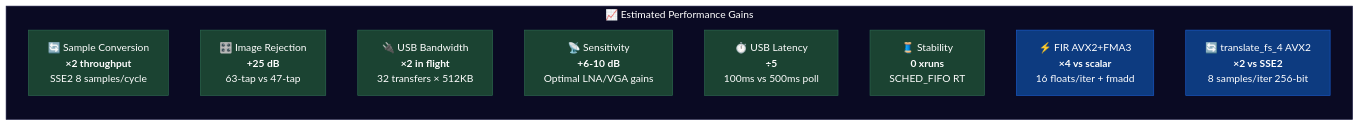
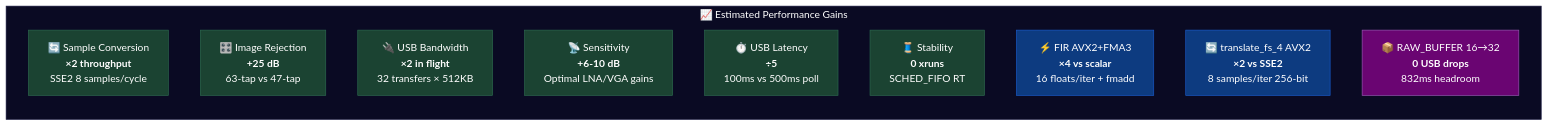
Diagram 13 of 13 in OPTIMIZATIONS-F4TNK.md (f4tnk/airspyone_host), drawn with Mermaid before and after one commit. The commit also changed other lines of this file, not shown here.

First line of the commit message:
docs: update OPTIMIZATIONS-F4TNK.md — section 19 RAW_BUFFER_COUNT 16→32

````diff
--- a/OPTIMIZATIONS-F4TNK.md
+++ b/OPTIMIZATIONS-F4TNK.md
@@ -904,24 +905,26 @@
 ```mermaid
 flowchart TB
     subgraph Perf["📈 Estimated Performance Gains"]
         direction TB
         G1["🔄 Sample Conversion<br/><b>×2 throughput</b><br/>SSE2 8 samples/cycle"]
         G2["🎛️ Image Rejection<br/><b>+25 dB</b><br/>63-tap vs 47-tap"]
         G3["🔌 USB Bandwidth<br/><b>×2 in flight</b><br/>32 transfers × 512KB"]
         G4["📡 Sensitivity<br/><b>+6-10 dB</b><br/>Optimal LNA/VGA gains"]
         G5["⏱️ USB Latency<br/><b>÷5</b><br/>100ms vs 500ms poll"]
         G6["🧵 Stability<br/><b>0 xruns</b><br/>SCHED_FIFO RT"]
         G7["⚡ FIR AVX2+FMA3<br/><b>×4 vs scalar</b><br/>16 floats/iter + fmadd"]
         G8["🔄 translate_fs_4 AVX2<br/><b>×2 vs SSE2</b><br/>8 samples/iter 256-bit"]
+        G9["📦 RAW_BUFFER 16→32<br/><b>0 USB drops</b><br/>832ms headroom"]
     end
 
     style Perf fill:#0a0a23,stroke:#1a1a40,color:#fff
     style G1 fill:#1b4332,stroke:#2d6a4f,color:#fff
     style G2 fill:#1b4332,stroke:#2d6a4f,color:#fff
     style G3 fill:#1b4332,stroke:#2d6a4f,color:#fff
     style G4 fill:#1b4332,stroke:#2d6a4f,color:#fff
     style G5 fill:#1b4332,stroke:#2d6a4f,color:#fff
     style G6 fill:#1b4332,stroke:#2d6a4f,color:#fff
     style G7 fill:#0d3b80,stroke:#1a5ccc,color:#fff
     style G8 fill:#0d3b80,stroke:#1a5ccc,color:#fff
+    style G9 fill:#6a0572,stroke:#9b59b6,color:#fff
 ```
````
